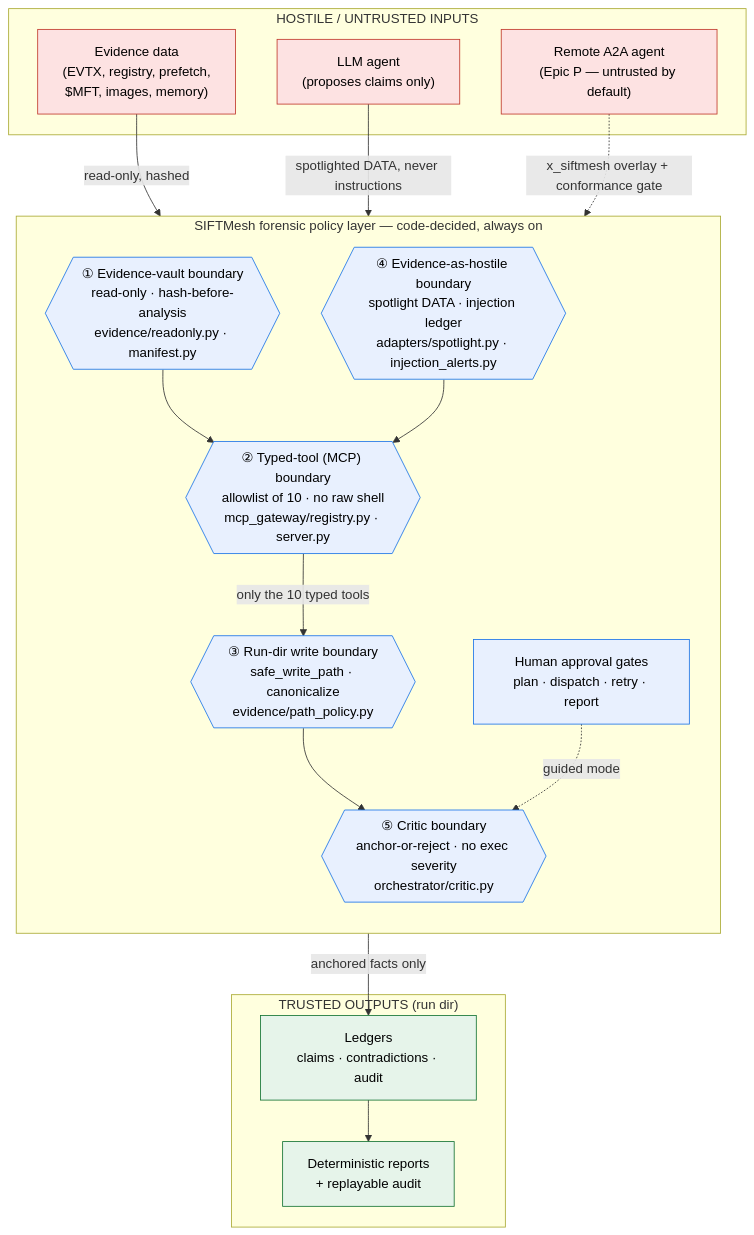
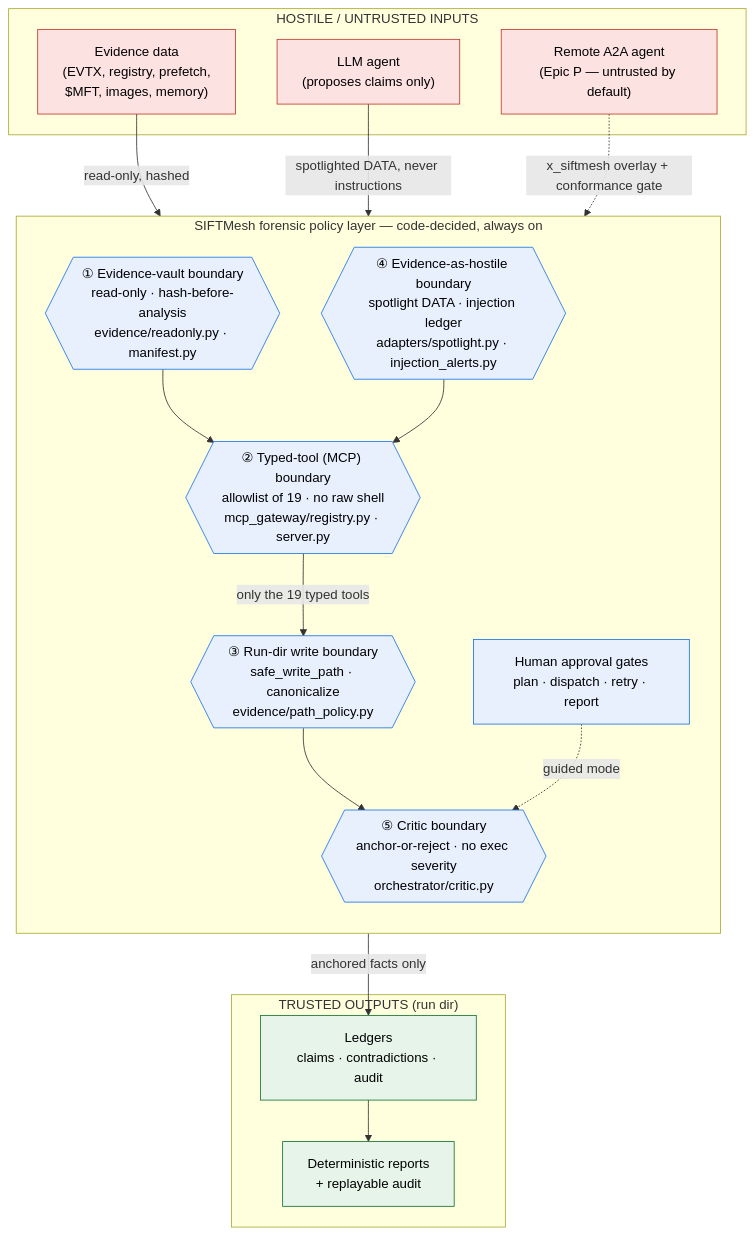
Before and after one commit to aryanbuilds/Project_SIFTAMESS: the diagram in docs/diagrams/security_boundaries.mmd, drawn with Mermaid. The commit also changed 9 other files, not shown here.

First line of the commit message:
docs: refresh ROCBA reports to the 19-tool run + fix stale '10 tools' counts

````diff
--- a/docs/diagrams/security_boundaries.mmd
+++ b/docs/diagrams/security_boundaries.mmd
@@ -1,42 +1,42 @@
 %% SIFTMesh security boundaries (Epic L6) — source of truth for the diagram.
 %% Render:  mmdc -i security_boundaries.mmd -o security_boundaries.svg   (npm i -g @mermaid-js/mermaid-cli)
 %% GitHub renders this natively when embedded in a fenced ```mermaid block (see architecture.md).
 flowchart TB
     subgraph UNTRUSTED["HOSTILE / UNTRUSTED INPUTS"]
         EV["Evidence data<br/>(EVTX, registry, prefetch,<br/>$MFT, images, memory)"]
         AG["LLM agent<br/>(proposes claims only)"]
         A2A["Remote A2A agent<br/>(Epic P — untrusted by default)"]
     end
 
     subgraph POLICY["SIFTMesh forensic policy layer — code-decided, always on"]
         direction TB
         B1{{"① Evidence-vault boundary<br/>read-only · hash-before-analysis<br/>evidence/readonly.py · manifest.py"}}
         B4{{"④ Evidence-as-hostile boundary<br/>spotlight DATA · injection ledger<br/>adapters/spotlight.py · injection_alerts.py"}}
-        B2{{"② Typed-tool (MCP) boundary<br/>allowlist of 10 · no raw shell<br/>mcp_gateway/registry.py · server.py"}}
+        B2{{"② Typed-tool (MCP) boundary<br/>allowlist of 19 · no raw shell<br/>mcp_gateway/registry.py · server.py"}}
         B3{{"③ Run-dir write boundary<br/>safe_write_path · canonicalize<br/>evidence/path_policy.py"}}
         B5{{"⑤ Critic boundary<br/>anchor-or-reject · no exec severity<br/>orchestrator/critic.py"}}
         HG["Human approval gates<br/>plan · dispatch · retry · report"]
     end
 
     subgraph TRUSTED["TRUSTED OUTPUTS (run dir)"]
         LED["Ledgers<br/>claims · contradictions · audit"]
         REP["Deterministic reports<br/>+ replayable audit"]
     end
 
     EV -->|"read-only, hashed"| B1
     B1 --> B2
     AG -->|"spotlighted DATA, never instructions"| B4
     A2A -.->|"x_siftmesh overlay + conformance gate"| B4
     B4 --> B2
-    B2 -->|"only the 10 typed tools"| B3
+    B2 -->|"only the 19 typed tools"| B3
     B3 --> B5
     HG -.->|"guided mode"| B5
     B5 -->|"anchored facts only"| LED
     LED --> REP
 
     classDef hostile fill:#fde2e2,stroke:#c0392b,stroke-width:1px,color:#000;
     classDef gate fill:#e8f0fe,stroke:#1a73e8,stroke-width:1px,color:#000;
     classDef trusted fill:#e6f4ea,stroke:#137333,stroke-width:1px,color:#000;
     class EV,AG,A2A hostile;
     class B1,B2,B3,B4,B5,HG gate;
     class LED,REP trusted;
````
